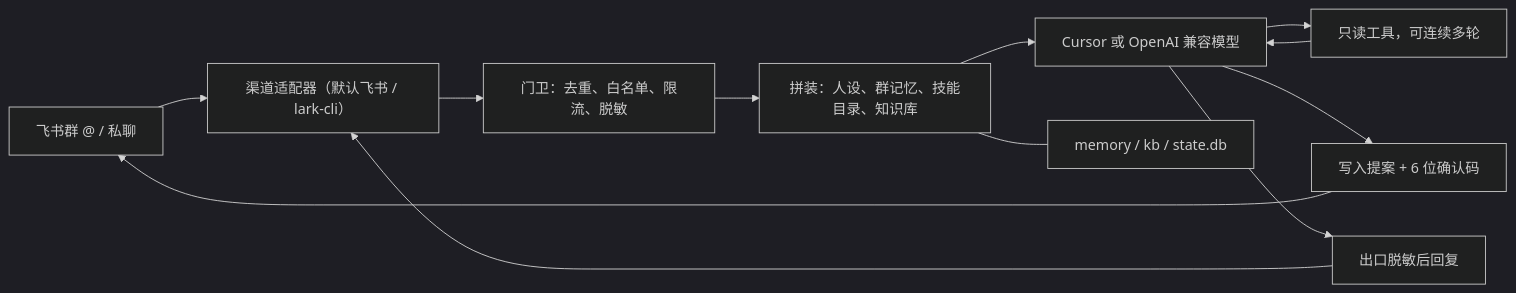
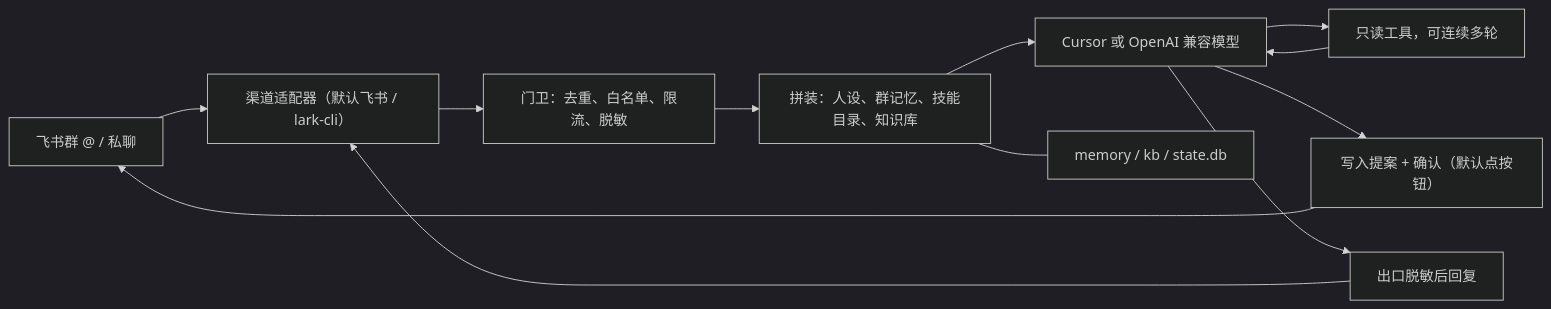
Before and after one commit to endtree-FDE/feishu-group-agent: the diagram in README.md, drawn with Mermaid (dark theme). The commit also changed other lines of this file and 18 other files, not shown here.

````diff
--- a/README.md
+++ b/README.md
@@ -19,14 +19,14 @@
 ```mermaid
 flowchart LR
   feishu["飞书群 @ / 私聊"] --> ch["渠道适配器（默认飞书 / lark-cli）"]
   ch --> guard["门卫：去重、白名单、限流、脱敏"]
   guard --> pack["拼装：人设、群记忆、技能目录、知识库"]
   pack --> model["Cursor 或 OpenAI 兼容模型"]
   model --> tools["只读工具，可连续多轮"]
-  model --> confirm["写入提案 + 6 位确认码"]
+  model --> confirm["写入提案 + 确认（默认点按钮）"]
   tools --> model
   confirm --> feishu
   model --> out["出口脱敏后回复"]
   out --> ch
   pack --- store["memory / kb / state.db"]
 ```
````
